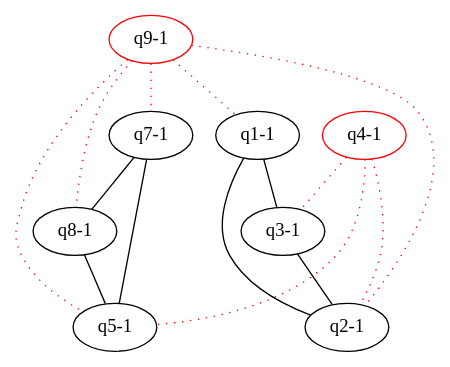
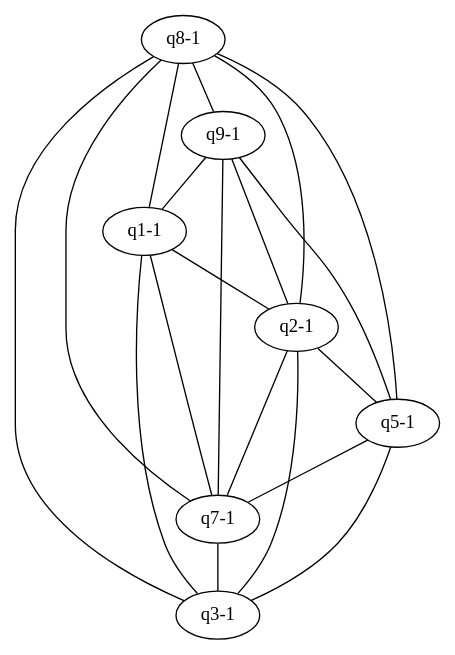
The diagram in dot/d1.dot (michaelweiss/keygraph), drawn with Graphviz before and after one commit. The commit also changed 9 other files, not shown here.

```diff
--- a/dot/d1.dot
+++ b/dot/d1.dot
@@ -1,25 +1,29 @@
 graph keygraph {
 graph [size="10,10"]
 "q8-1" [color="black"]
+"q1-1" [color="black"]
+"q9-1" [color="black"]
 "q7-1" [color="black"]
-"q1-1" [color="black"]
+"q2-1" [color="black"]
+"q5-1" [color="black"]
 "q3-1" [color="black"]
-"q5-1" [color="black"]
-"q2-1" [color="black"]
-"q9-1" [color="red"]
-"q4-1" [color="red"]
+"q8-1"--"q1-1"
+"q8-1"--"q3-1"
+"q8-1"--"q9-1"
+"q8-1"--"q2-1"
+"q8-1"--"q5-1"
+"q8-1"--"q7-1"
+"q9-1"--"q1-1"
+"q9-1"--"q2-1"
+"q9-1"--"q5-1"
+"q9-1"--"q7-1"
+"q1-1"--"q7-1"
 "q1-1"--"q3-1"
 "q1-1"--"q2-1"
-"q3-1"--"q2-1"
-"q7-1"--"q5-1"
-"q7-1"--"q8-1"
-"q8-1"--"q5-1"
-"q4-1"--"q3-1" [color="red", style="dotted"]
-"q4-1"--"q5-1" [color="red", style="dotted"]
-"q4-1"--"q2-1" [color="red", style="dotted"]
-"q9-1"--"q1-1" [color="red", style="dotted"]
-"q9-1"--"q5-1" [color="red", style="dotted"]
-"q9-1"--"q2-1" [color="red", style="dotted"]
-"q9-1"--"q8-1" [color="red", style="dotted"]
-"q9-1"--"q7-1" [color="red", style="dotted"]
+"q2-1"--"q5-1"
+"q2-1"--"q7-1"
+"q2-1"--"q3-1"
+"q5-1"--"q3-1"
+"q5-1"--"q7-1"
+"q7-1"--"q3-1"
 }
```
